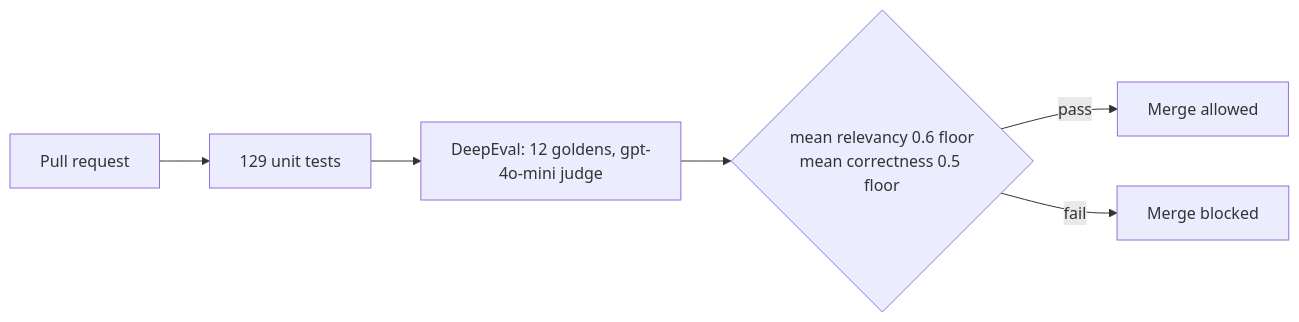
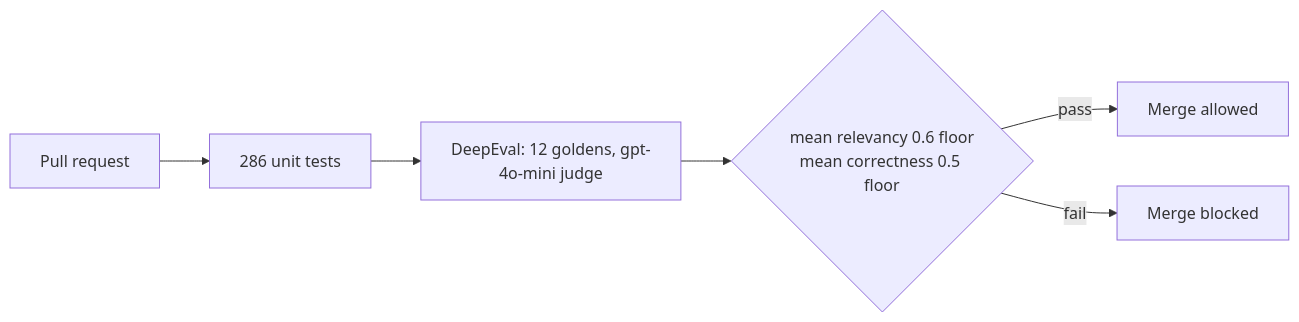
The eighth of 8 diagrams in README.md (Amith-Ganta/tessera-multi-tenant-rag), drawn with Mermaid before and after one commit. The commit also changed other lines of this file and 1 other file, not shown here.

````diff
--- a/README.md
+++ b/README.md
@@ -485,8 +485,8 @@
 ```mermaid
 flowchart LR
-    PR[Pull request] --> T[129 unit tests]
+    PR[Pull request] --> T[286 unit tests]
     T --> D[DeepEval: 12 goldens, gpt-4o-mini judge]
     D --> G{mean relevancy 0.6 floor<br/>mean correctness 0.5 floor}
     G -->|pass| M[Merge allowed]
     G -->|fail| B[Merge blocked]
 ```
````
